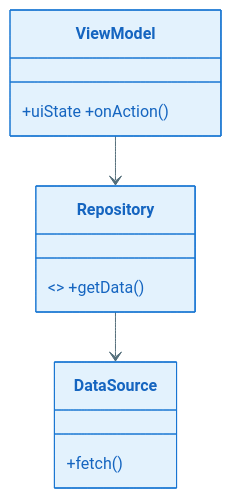
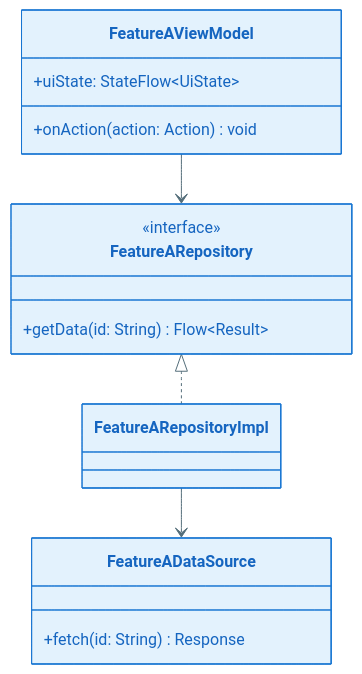
One commit to jackykarma/Verity changed the eighth of 10 diagrams in .specify/templates/epic-design-doc-template.md. Above: the diagram before and after it, drawn with Mermaid. The commit also changed other lines of this file, not shown here.

````diff
--- a/.specify/templates/epic-design-doc-template.md
+++ b/.specify/templates/epic-design-doc-template.md
@@ -385,10 +450,19 @@
 ```mermaid
 %%{init: {'theme': 'base', 'themeVariables': { 'primaryColor': '#E3F2FD', 'primaryTextColor': '#1565C0', 'primaryBorderColor': '#1976D2', 'lineColor': '#546E7A'}}}%%
 classDiagram
   direction TB
-  class ViewModel { +uiState +onAction() }
-  class Repository { <<interface>> +getData() }
-  class DataSource { +fetch() }
-  ViewModel --> Repository
-  Repository --> DataSource
+  class FeatureAViewModel {
+    +uiState: StateFlow~UiState~
+    +onAction(action: Action) void
+  }
+  class FeatureARepository {
+    <<interface>>
+    +getData(id: String) Flow~Result~
+  }
+  class FeatureADataSource {
+    +fetch(id: String) Response
+  }
+  FeatureAViewModel --> FeatureARepository
+  FeatureARepository <|.. FeatureARepositoryImpl
+  FeatureARepositoryImpl --> FeatureADataSource
 ```
````
